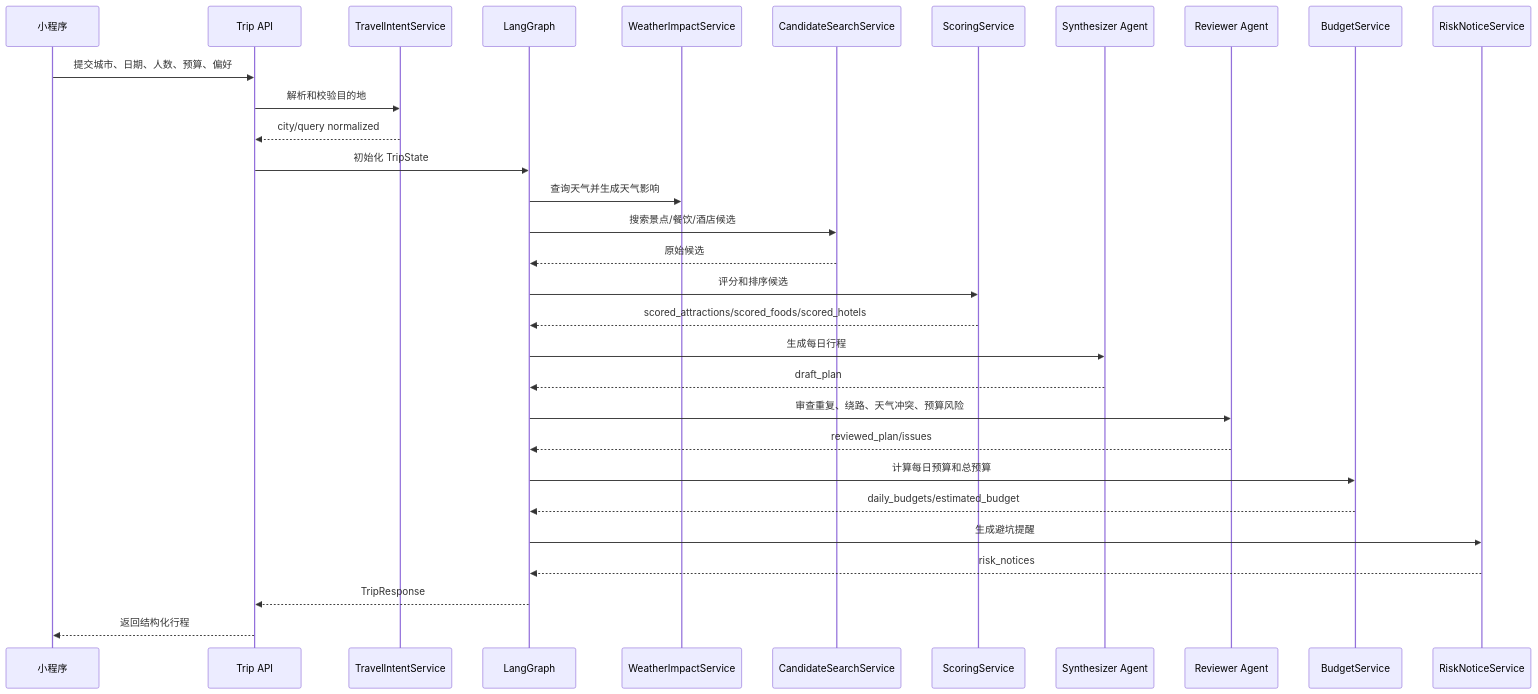
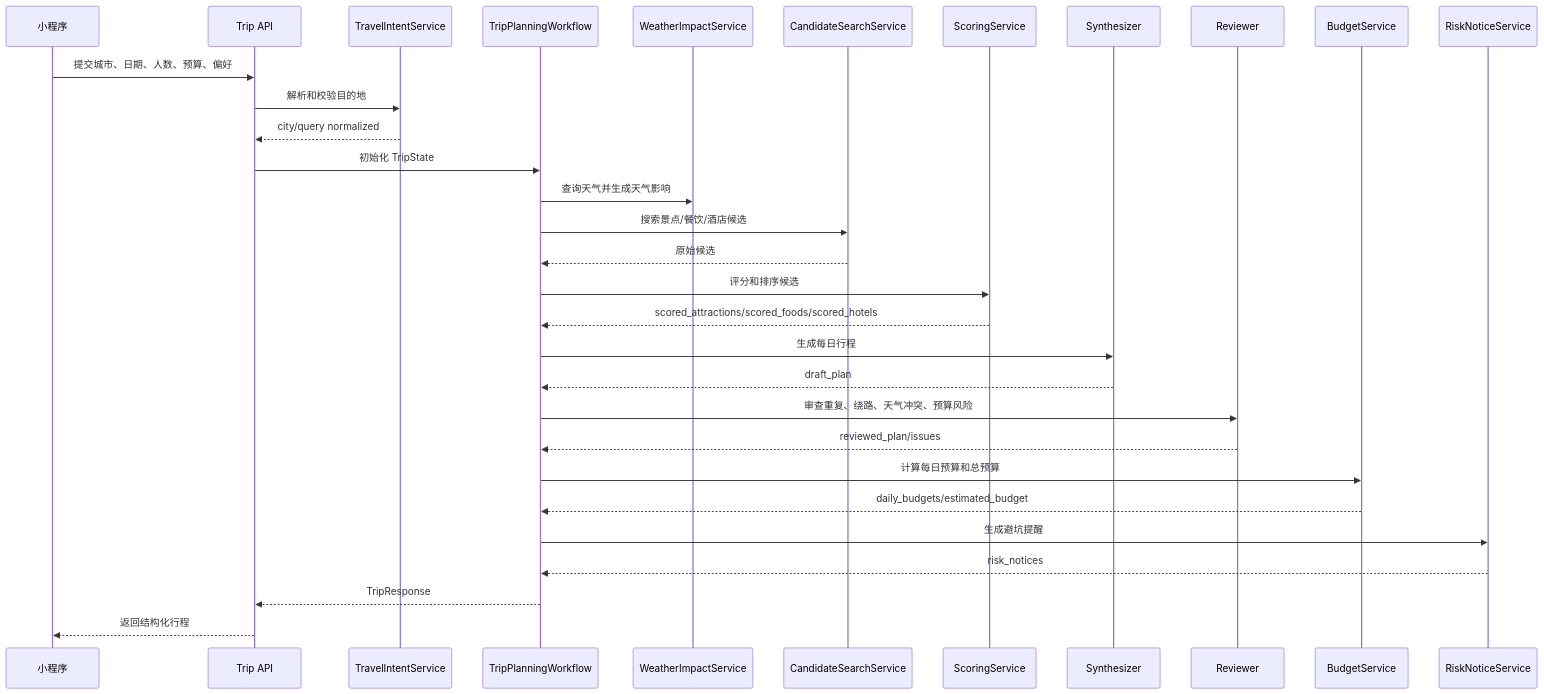
One commit to xg-debug/ai-travel-planner changed the second of 2 diagrams in doc/detailed-design.md. Above: the diagram before and after it, drawn with Mermaid. The commit also changed other lines of this file and 151 other files, not shown here.

````diff
--- a/doc/detailed-design.md
+++ b/doc/detailed-design.md
@@ -386,34 +387,34 @@
 ```mermaid
 sequenceDiagram
     participant FE as 小程序
     participant API as Trip API
     participant INT as TravelIntentService
-    participant WF as LangGraph
+    participant WF as TripPlanningWorkflow
     participant WEA as WeatherImpactService
     participant CAND as CandidateSearchService
     participant SCORE as ScoringService
-    participant SYN as Synthesizer Agent
-    participant REV as Reviewer Agent
+    participant SYN as Synthesizer
+    participant REV as Reviewer
     participant BUD as BudgetService
     participant RISK as RiskNoticeService
 
     FE->>API: 提交城市、日期、人数、预算、偏好
     API->>INT: 解析和校验目的地
     INT-->>API: city/query normalized
     API->>WF: 初始化 TripState
     WF->>WEA: 查询天气并生成天气影响
     WF->>CAND: 搜索景点/餐饮/酒店候选
     CAND-->>WF: 原始候选
     WF->>SCORE: 评分和排序候选
     SCORE-->>WF: scored_attractions/scored_foods/scored_hotels
     WF->>SYN: 生成每日行程
     SYN-->>WF: draft_plan
     WF->>REV: 审查重复、绕路、天气冲突、预算风险
     REV-->>WF: reviewed_plan/issues
     WF->>BUD: 计算每日预算和总预算
     BUD-->>WF: daily_budgets/estimated_budget
     WF->>RISK: 生成避坑提醒
     RISK-->>WF: risk_notices
     WF-->>API: TripResponse
     API-->>FE: 返回结构化行程
 ```
````
